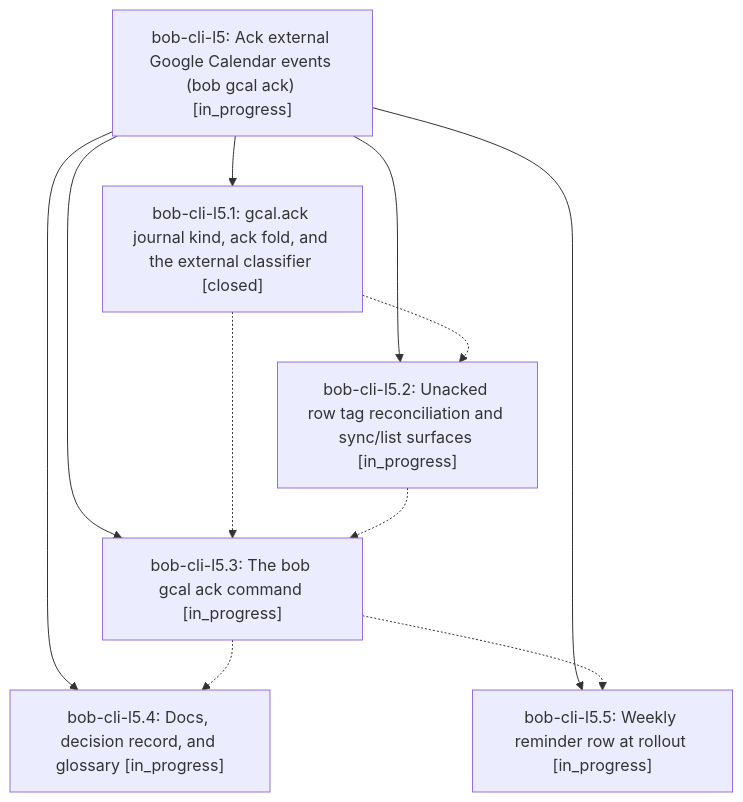
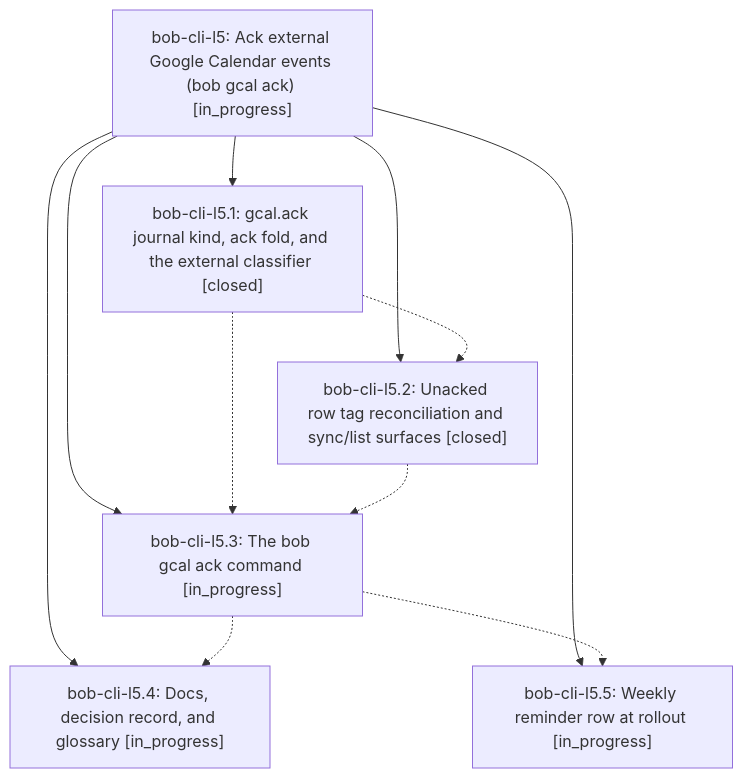
One commit to bobs-org/bob-cli--beads changed the diagram in pages/bob-cli-l5/README.md. Above: the diagram before and after it, drawn with Mermaid. The commit also changed other lines of this file and 3 other files, not shown here.

First line of the commit message:
chore(beads): sync bead state and pages for bob-cli-l5

````diff
--- a/pages/bob-cli-l5/README.md
+++ b/pages/bob-cli-l5/README.md
@@ -38,19 +38,19 @@
 ```mermaid
 flowchart TD
     n0["bob-cli-l5: Ack external Google Calendar events (bob gcal ack) [in_progress]"]
     n1["bob-cli-l5.1: gcal.ack journal kind, ack fold, and the external classifier [closed]"]
-    n2["bob-cli-l5.2: Unacked row tag reconciliation and sync/list surfaces [in_progress]"]
+    n2["bob-cli-l5.2: Unacked row tag reconciliation and sync/list surfaces [closed]"]
     n3["bob-cli-l5.3: The bob gcal ack command [in_progress]"]
     n4["bob-cli-l5.4: Docs, decision record, and glossary [in_progress]"]
     n5["bob-cli-l5.5: Weekly reminder row at rollout [in_progress]"]
     n0 --> n1
     n0 --> n2
     n0 --> n3
     n0 --> n4
     n0 --> n5
     n1 -.-> n2
     n1 -.-> n3
     n2 -.-> n3
     n3 -.-> n4
     n3 -.-> n5
 ```
````
